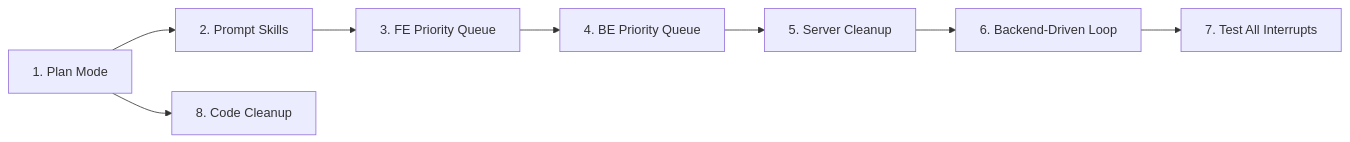
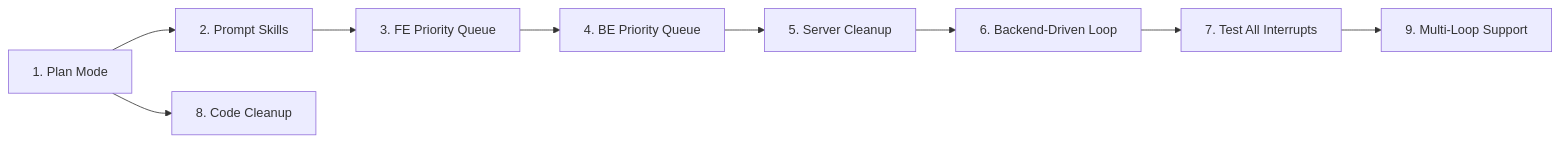
One commit to hao-ai-lab/research-agent changed the diagram in .dev/wild_loop_v4_plan.md. Above: the diagram before and after it, drawn with Mermaid. The commit also changed other lines of this file and 5 other files, not shown here.

````diff
--- a/.dev/wild_loop_v4_plan.md
+++ b/.dev/wild_loop_v4_plan.md
@@ -363,10 +490,11 @@
 ```mermaid
 graph LR
     S1["1. Plan Mode"] --> S2["2. Prompt Skills"]
     S2 --> S3["3. FE Priority Queue"]
     S3 --> S4["4. BE Priority Queue"]
     S4 --> S5["5. Server Cleanup"]
     S5 --> S6["6. Backend-Driven Loop"]
     S6 --> S7["7. Test All Interrupts"]
     S1 --> S8["8. Code Cleanup"]
+    S7 --> S9["9. Multi-Loop Support"]
 ```
````
